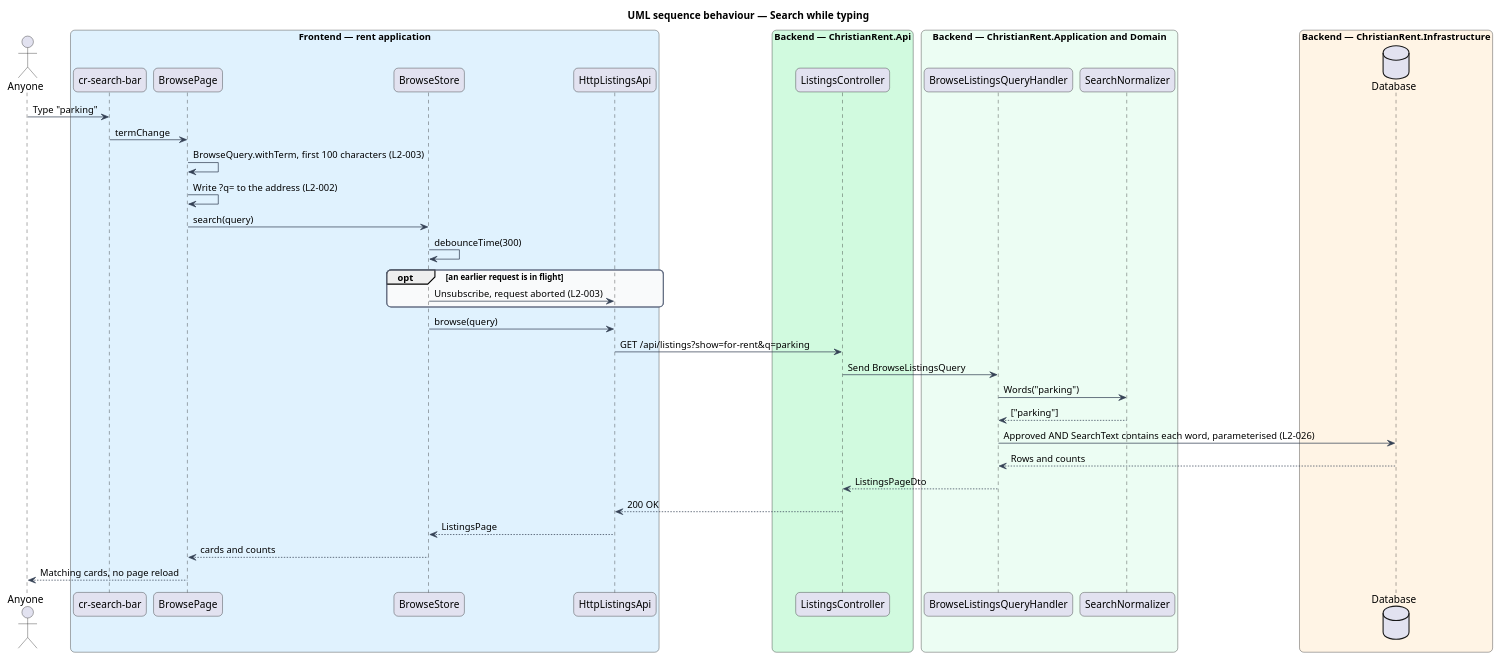
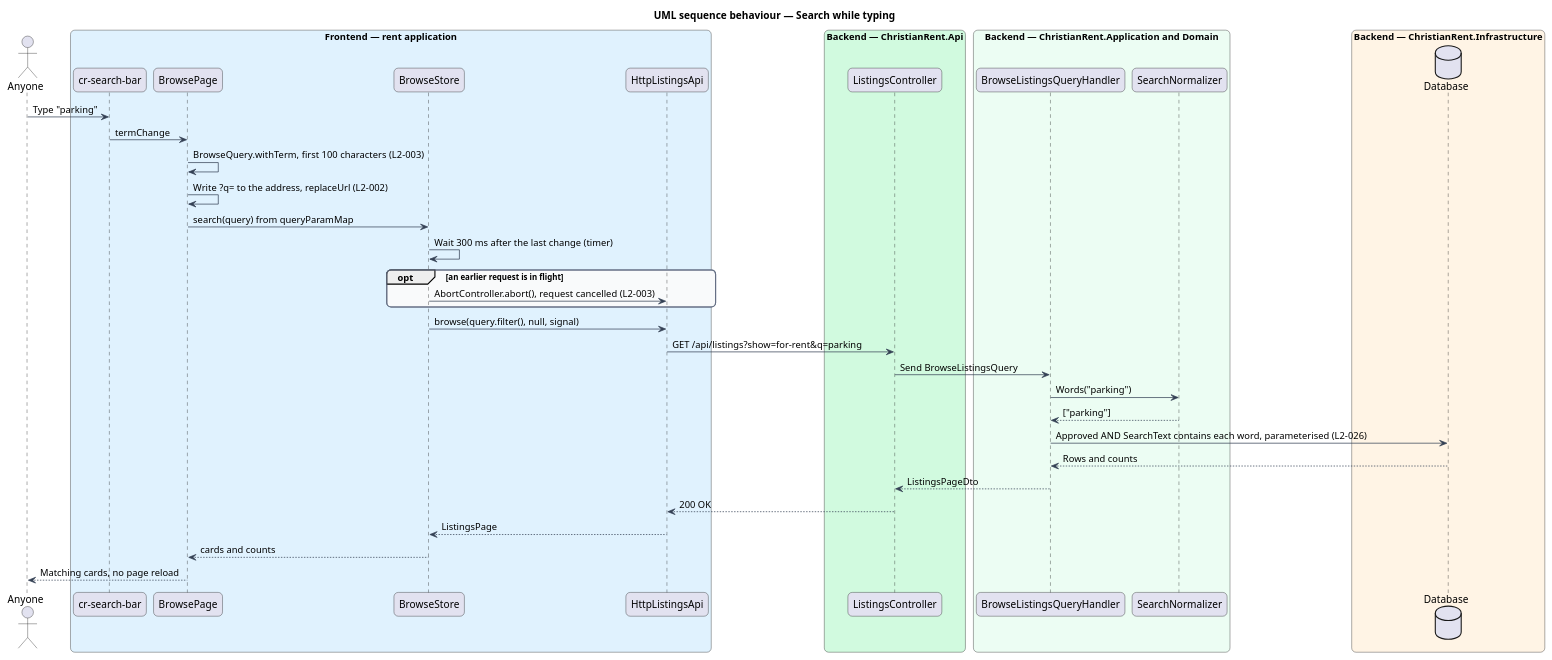
The diagram in docs/detailed-designs/browse/search-and-filter-listings/diagrams/sequence-search.puml (QuinntyneBrown/christian-rent), drawn with PlantUML before and after one commit. The commit also changed 27 other files, not shown here.

First line of the commit message:
Decide how a search matches and keep the kind filter in the address

```diff
--- a/docs/detailed-designs/browse/search-and-filter-listings/diagrams/sequence-search.puml
+++ b/docs/detailed-designs/browse/search-and-filter-listings/diagrams/sequence-search.puml
@@ -1,55 +1,55 @@
 @startuml
 title UML sequence behaviour — Search while typing
 skinparam backgroundColor #FFFFFF
 skinparam shadowing false
 skinparam roundcorner 12
 skinparam defaultFontName Arial
 skinparam ArrowColor #344054
 skinparam rectangle {
   BorderColor #344054
   FontColor #101828
 }
 skinparam package {
   BorderColor #667085
   FontColor #101828
   BackgroundColor #F9FAFB
 }
 actor "Anyone" as actor
 box "Frontend — rent application" #E0F2FE
   participant "cr-search-bar" as bar
   participant "BrowsePage" as page
   participant "BrowseStore" as store
   participant "HttpListingsApi" as client
 end box
 box "Backend — ChristianRent.Api" #D1FADF
   participant "ListingsController" as ctrl
 end box
 box "Backend — ChristianRent.Application and Domain" #ECFDF3
   participant "BrowseListingsQueryHandler" as handler
   participant "SearchNormalizer" as norm
 end box
 box "Backend — ChristianRent.Infrastructure" #FFF4E5
   database "Database" as db
 end box
 actor -> bar : Type "parking"
 bar -> page : termChange
 page -> page : BrowseQuery.withTerm, first 100 characters (L2-003)
-page -> page : Write ?q= to the address (L2-002)
-page -> store : search(query)
-store -> store : debounceTime(300)
+page -> page : Write ?q= to the address, replaceUrl (L2-002)
+page -> store : search(query) from queryParamMap
+store -> store : Wait 300 ms after the last change (timer)
 opt an earlier request is in flight
-  store -> client : Unsubscribe, request aborted (L2-003)
+  store -> client : AbortController.abort(), request cancelled (L2-003)
 end
-store -> client : browse(query)
+store -> client : browse(query.filter(), null, signal)
 client -> ctrl : GET /api/listings?show=for-rent&q=parking
 ctrl -> handler : Send BrowseListingsQuery
 handler -> norm : Words("parking")
 norm --> handler : ["parking"]
 handler -> db : Approved AND SearchText contains each word, parameterised (L2-026)
 db --> handler : Rows and counts
 handler --> ctrl : ListingsPageDto
 ctrl --> client : 200 OK
 client --> store : ListingsPage
 store --> page : cards and counts
 page --> actor : Matching cards, no page reload
 @enduml
```
